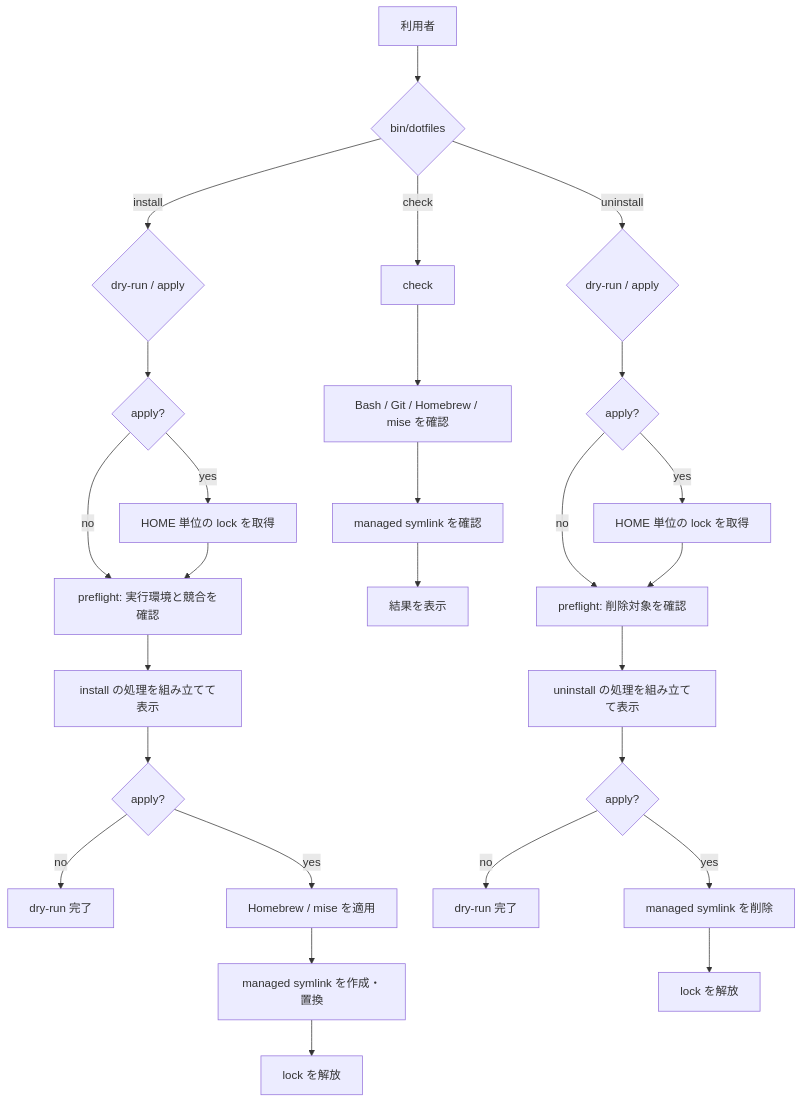
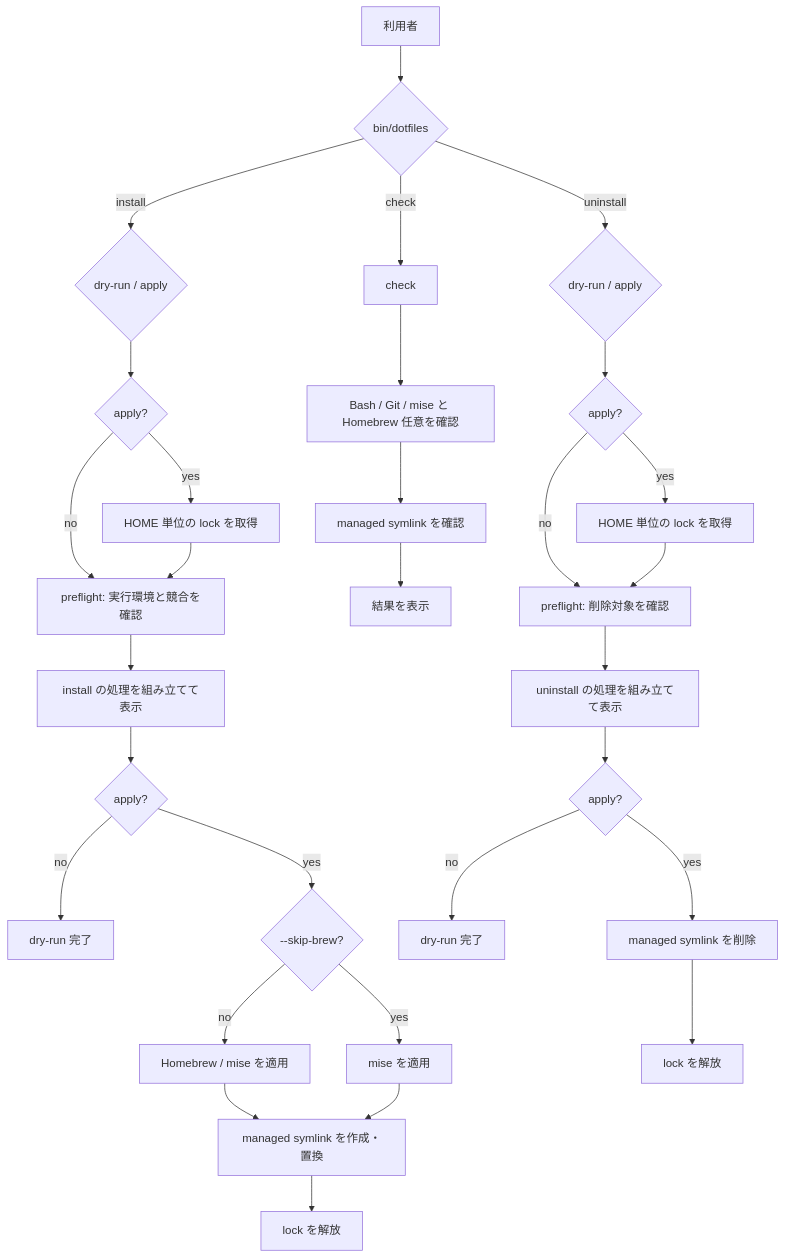
One commit to gkzz/dotfiles changed the diagram in docs/ARCHITECTURE.md. Above: the diagram before and after it, drawn with Mermaid. The commit also changed other lines of this file and 3 other files, not shown here.

First line of the commit message:
ci: add skip-brew lifecycle smoke test (#7)

````diff
--- a/docs/ARCHITECTURE.md
+++ b/docs/ARCHITECTURE.md
@@ -7,33 +7,36 @@
 ```mermaid
 flowchart TD
     user[利用者] --> command{bin/dotfiles}
 
     command -->|install| install_mode{dry-run / apply}
     command -->|check| check
     command -->|uninstall| uninstall_mode{dry-run / apply}
 
     install_mode --> install_lock{apply?}
     install_lock -->|yes| lock_i[HOME 単位の lock を取得]
     install_lock -->|no| preflight_i
     lock_i --> preflight_i[preflight: 実行環境と競合を確認]
     preflight_i --> plan_i[install の処理を組み立てて表示]
     plan_i --> apply_i{apply?}
     apply_i -->|no| done_i[dry-run 完了]
-    apply_i -->|yes| packages[Homebrew / mise を適用]
+    apply_i -->|yes| skip_brew{--skip-brew?}
+    skip_brew -->|no| packages[Homebrew / mise を適用]
+    skip_brew -->|yes| mise_only[mise を適用]
     packages --> links[managed symlink を作成・置換]
+    mise_only --> links
     links --> unlock_i[lock を解放]
 
-    check --> check_env[Bash / Git / Homebrew / mise を確認]
+    check --> check_env[Bash / Git / mise と Homebrew 任意を確認]
     check_env --> check_links[managed symlink を確認]
     check_links --> done_c[結果を表示]
 
     uninstall_mode --> uninstall_lock{apply?}
     uninstall_lock -->|yes| lock_u[HOME 単位の lock を取得]
     uninstall_lock -->|no| preflight_u
     lock_u --> preflight_u[preflight: 削除対象を確認]
     preflight_u --> plan_u[uninstall の処理を組み立てて表示]
     plan_u --> apply_u{apply?}
     apply_u -->|no| done_u[dry-run 完了]
     apply_u -->|yes| unlink[managed symlink を削除]
     unlink --> unlock_u[lock を解放]
 ```
````
